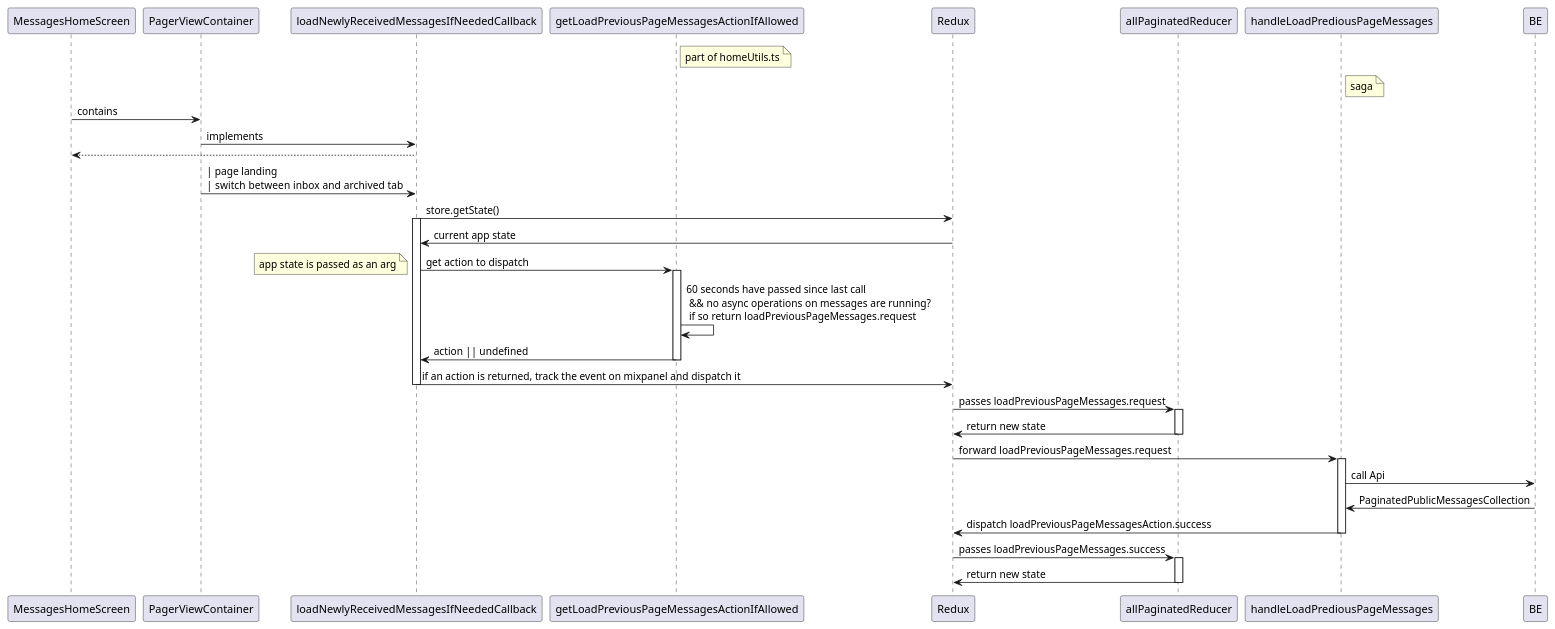
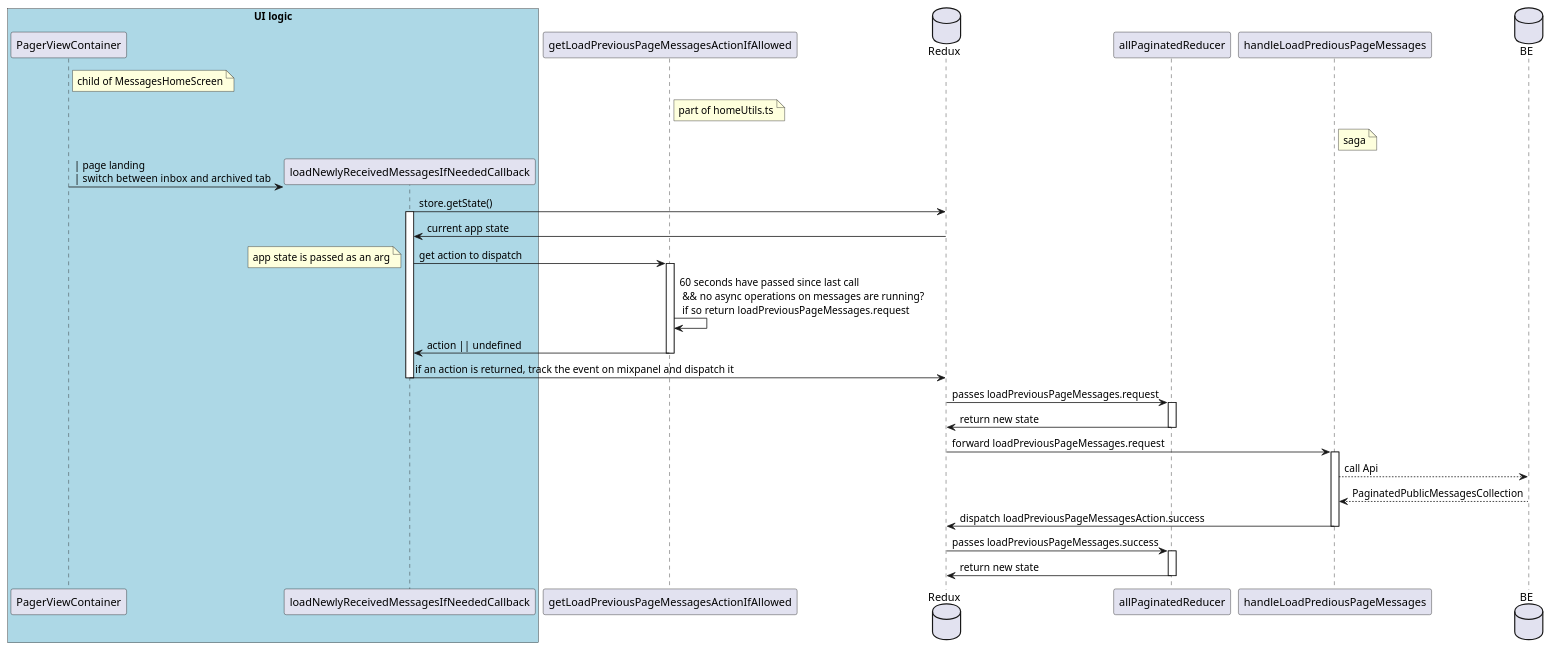
One commit to pagopa/io-messages changed the diagram in docs/io-app/messages-autorefresh.puml. Above: the diagram before and after it, drawn with PlantUML. The commit also changed 1 other file, not shown here.

Commit message:
refactored UML

```diff
--- a/docs/io-app/messages-autorefresh.puml
+++ b/docs/io-app/messages-autorefresh.puml
@@ -1,43 +1,43 @@
 @startuml
-participant MessagesHomeScreen
+box "UI logic" #LightBlue
 participant PagerViewContainer
+note right of PagerViewContainer
+child of MessagesHomeScreen
+end note
 participant loadNewlyReceivedMessagesIfNeededCallback
+end box
 participant getLoadPreviousPageMessagesActionIfAllowed
 note right of getLoadPreviousPageMessagesActionIfAllowed
  part of homeUtils.ts
  end note
-participant Redux
+database Redux
 participant allPaginatedReducer
 participant handleLoadPrediousPageMessages
 note right of handleLoadPrediousPageMessages
  saga
  end note
+database BE
 
-MessagesHomeScreen -> PagerViewContainer : contains
-PagerViewContainer-> loadNewlyReceivedMessagesIfNeededCallback :implements
-loadNewlyReceivedMessagesIfNeededCallback-->MessagesHomeScreen
-'----- END DEFINITIONS
-
-PagerViewContainer -> loadNewlyReceivedMessagesIfNeededCallback  :| page landing \n|  switch between inbox and archived tab 
-
+create loadNewlyReceivedMessagesIfNeededCallback
+PagerViewContainer -> loadNewlyReceivedMessagesIfNeededCallback  :| page landing \n|  switch between inbox and archived tab
 loadNewlyReceivedMessagesIfNeededCallback->Redux  : store.getState()
 activate loadNewlyReceivedMessagesIfNeededCallback
     Redux->loadNewlyReceivedMessagesIfNeededCallback: current app state
     loadNewlyReceivedMessagesIfNeededCallback -> getLoadPreviousPageMessagesActionIfAllowed ++ : get action to dispatch
     note left: app state is passed as an arg
-    getLoadPreviousPageMessagesActionIfAllowed->getLoadPreviousPageMessagesActionIfAllowed: 60 seconds have passed since last call \n && no async operations on messages are running?  \n if so return loadPreviousPageMessages.request 
+    getLoadPreviousPageMessagesActionIfAllowed->getLoadPreviousPageMessagesActionIfAllowed: 60 seconds have passed since last call \n && no async operations on messages are running?  \n if so return loadPreviousPageMessages.request
     getLoadPreviousPageMessagesActionIfAllowed -> loadNewlyReceivedMessagesIfNeededCallback -- : action || undefined
     loadNewlyReceivedMessagesIfNeededCallback -> Redux : if an action is returned, track the event on mixpanel and dispatch it
 deactivate loadNewlyReceivedMessagesIfNeededCallback
 
 Redux->allPaginatedReducer ++ : passes loadPreviousPageMessages.request
 allPaginatedReducer->Redux -- : return new state
 ' -------
 Redux->handleLoadPrediousPageMessages ++ : forward loadPreviousPageMessages.request
-handleLoadPrediousPageMessages->BE : call Api
-BE->handleLoadPrediousPageMessages: PaginatedPublicMessagesCollection
+handleLoadPrediousPageMessages-->BE : call Api
+BE-->handleLoadPrediousPageMessages: PaginatedPublicMessagesCollection
 handleLoadPrediousPageMessages->Redux --: dispatch loadPreviousPageMessagesAction.success
 ' ---------
 Redux->allPaginatedReducer ++ : passes loadPreviousPageMessages.success
 allPaginatedReducer->Redux -- : return new state
 @enduml
```
